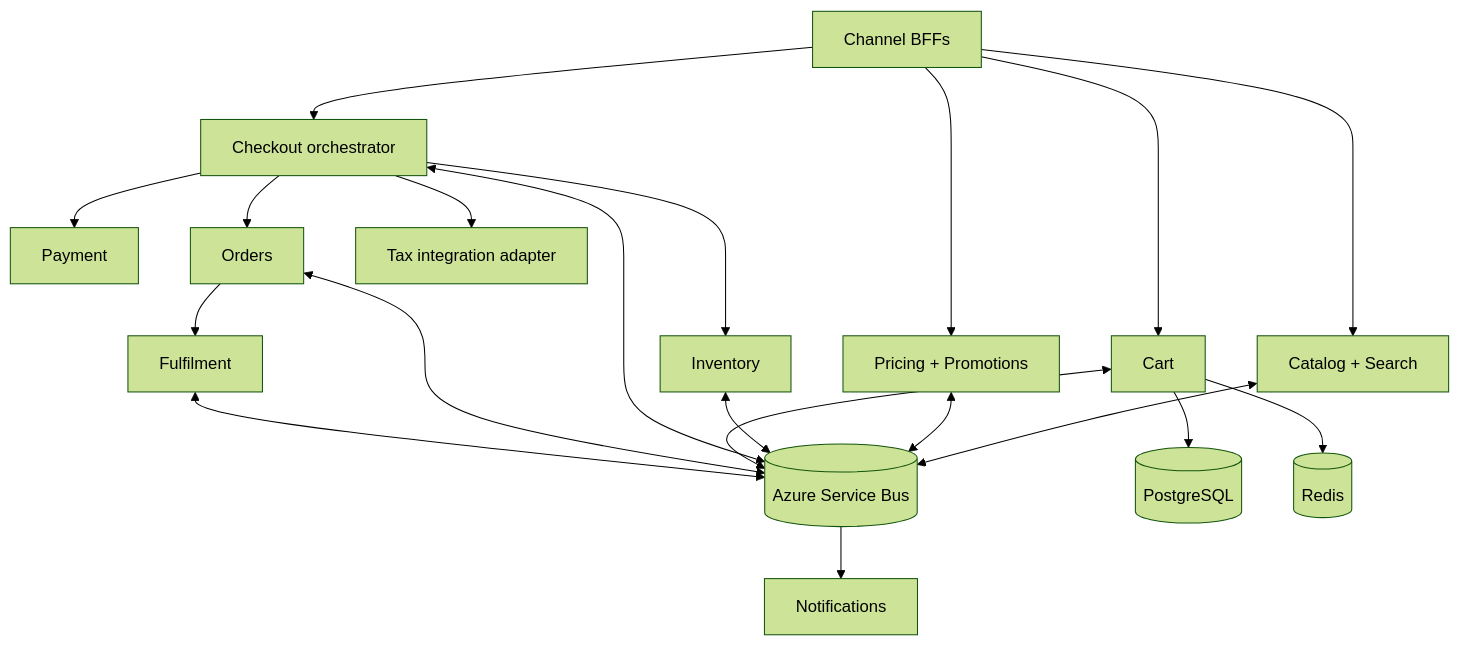
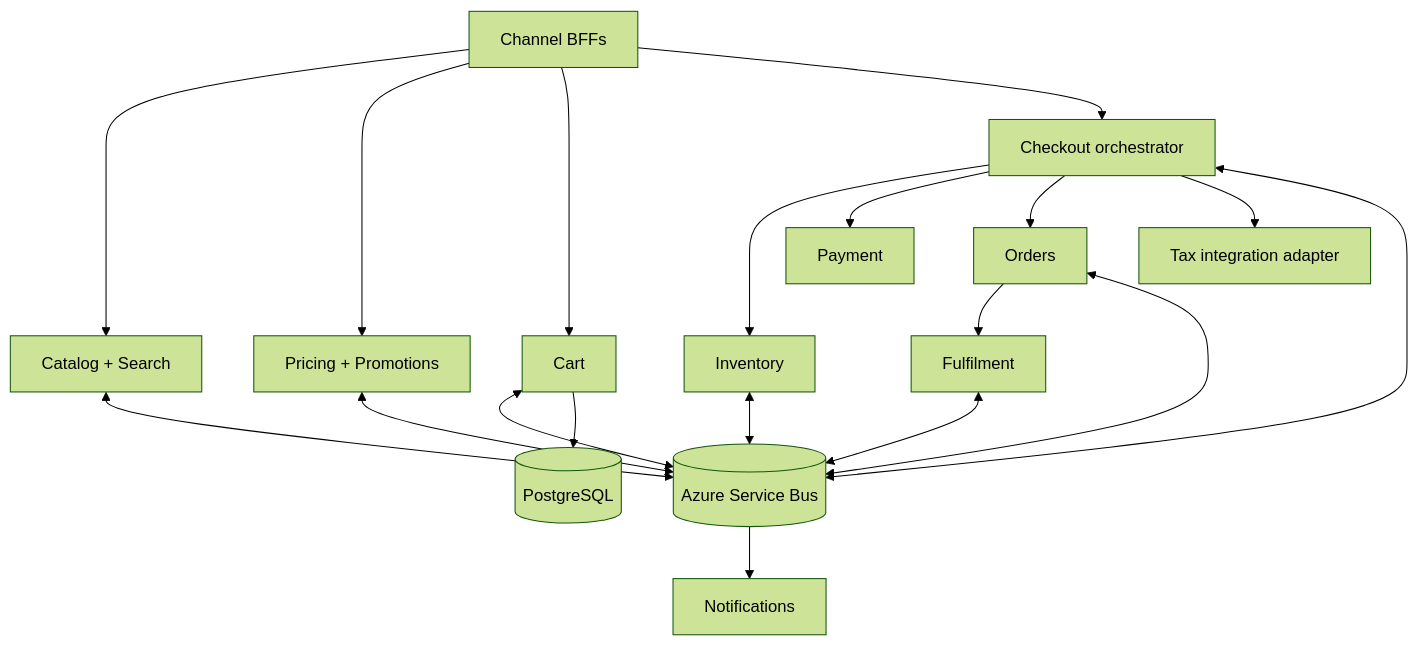
One commit to KirilZafirov/store changed the second of 3 diagrams in docs/architecture.md. Above: the diagram before and after it, drawn with Mermaid (forest theme). The commit also changed other lines of this file and 18 other files, not shown here.

````diff
--- a/docs/architecture.md
+++ b/docs/architecture.md
@@ -46,23 +46,22 @@
 ```mermaid
 flowchart TB
   BFF[Channel BFFs] --> Catalog[Catalog + Search]
   BFF --> Pricing[Pricing + Promotions]
   BFF --> Cart[Cart]
   BFF --> Checkout[Checkout orchestrator]
   Checkout --> Inventory[Inventory]
   Checkout --> Payment[Payment]
   Checkout --> Order[Orders]
   Checkout --> Tax[Tax integration adapter]
   Order --> Fulfilment[Fulfilment]
   Bus[(Azure Service Bus)]
   Catalog <--> Bus
   Pricing <--> Bus
   Inventory <--> Bus
   Cart <--> Bus
   Checkout <--> Bus
   Order <--> Bus
   Fulfilment <--> Bus
   Bus --> Notify[Notifications]
   Cart --> CartDb[(PostgreSQL)]
-  Cart --> Redis[(Redis)]
 ```
````
